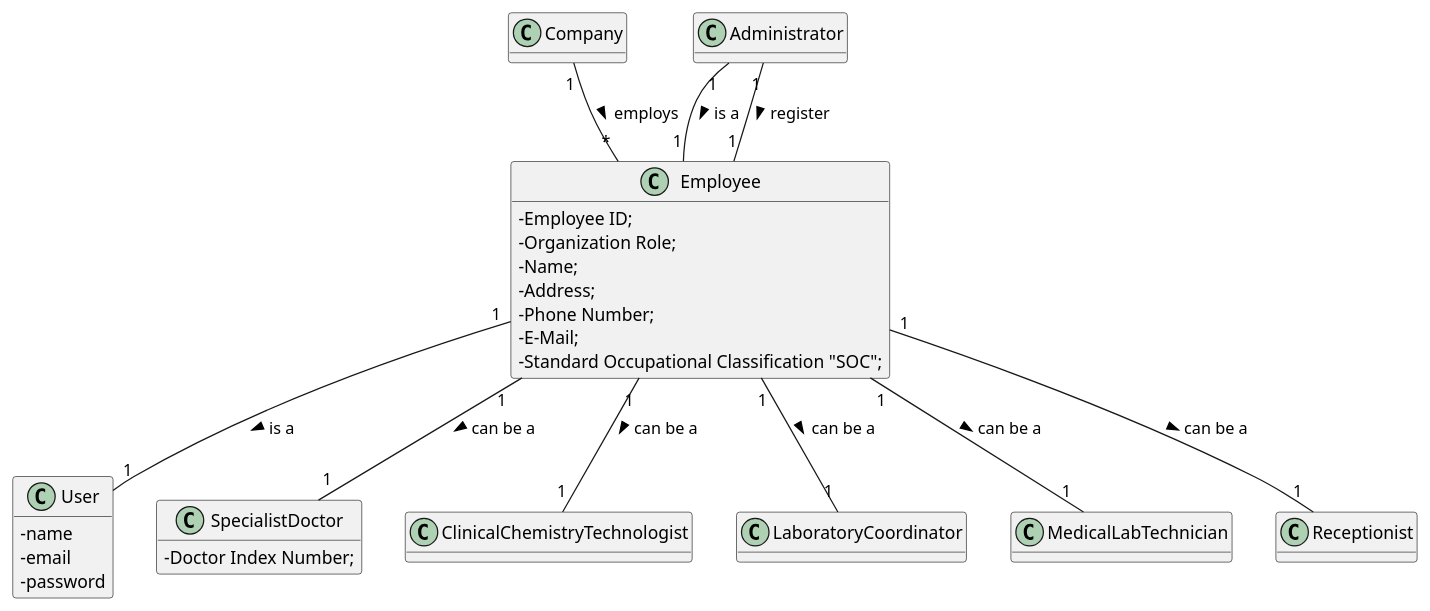
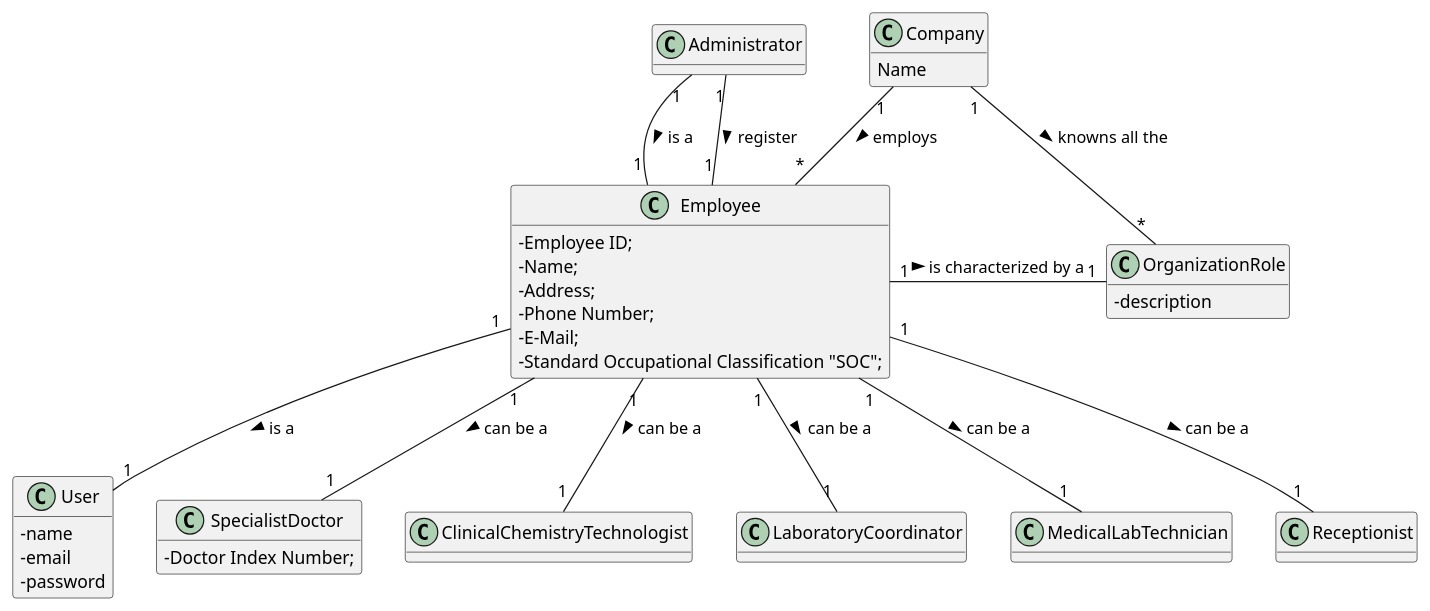
One commit to MarianaCLages/LAPR2 changed the diagram in docs/SprintB/US7/US07_MD.puml. Above: the diagram before and after it, drawn with PlantUML. The commit also changed 21 other files, not shown here.

```diff
--- a/docs/SprintB/US7/US07_MD.puml
+++ b/docs/SprintB/US7/US07_MD.puml
@@ -1,37 +1,45 @@
 @startuml
 'https://plantuml.com/class-diagram
 
 hide methods
 skinparam classAttributeIconSize 0
 
 class User{
 -name
 -email
 -password
 }
 
 class Employee{
 -Employee ID;
--Organization Role;
 -Name;
 -Address;
 -Phone Number;
 -E-Mail;
 -Standard Occupational Classification "SOC";
 }
 
 class SpecialistDoctor{
 -Doctor Index Number;
 }
 
+class OrganizationRole{
+-description
+}
+
+class Company{
+Name
+}
+Company "1" - "*" OrganizationRole: knowns all the >
+Employee "1" - "1" OrganizationRole: is characterized by a  >
 Employee "1" -- "1" User: is a >
 Company "1" -- "*" Employee: employs >
 Administrator"1" -- "1" Employee: is a >
 Employee "1" -- "1" ClinicalChemistryTechnologist: can be a >
 Employee "1" -- "1" LaboratoryCoordinator: can be a >
 Employee "1" -- "1" MedicalLabTechnician: can be a >
 Employee "1" -- "1" Receptionist: can be a >
 Employee "1" -- "1" SpecialistDoctor: can be a >
 Administrator "1" -- "1" Employee: register >
 
 @enduml
```
